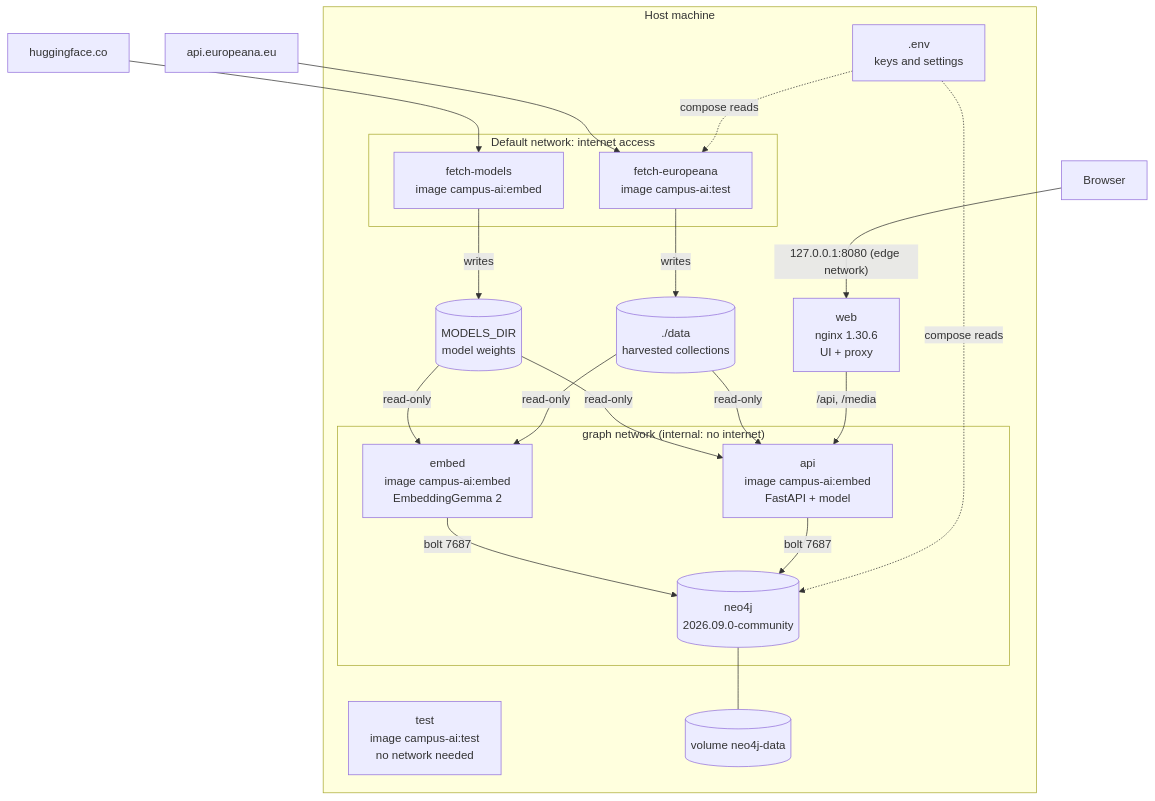
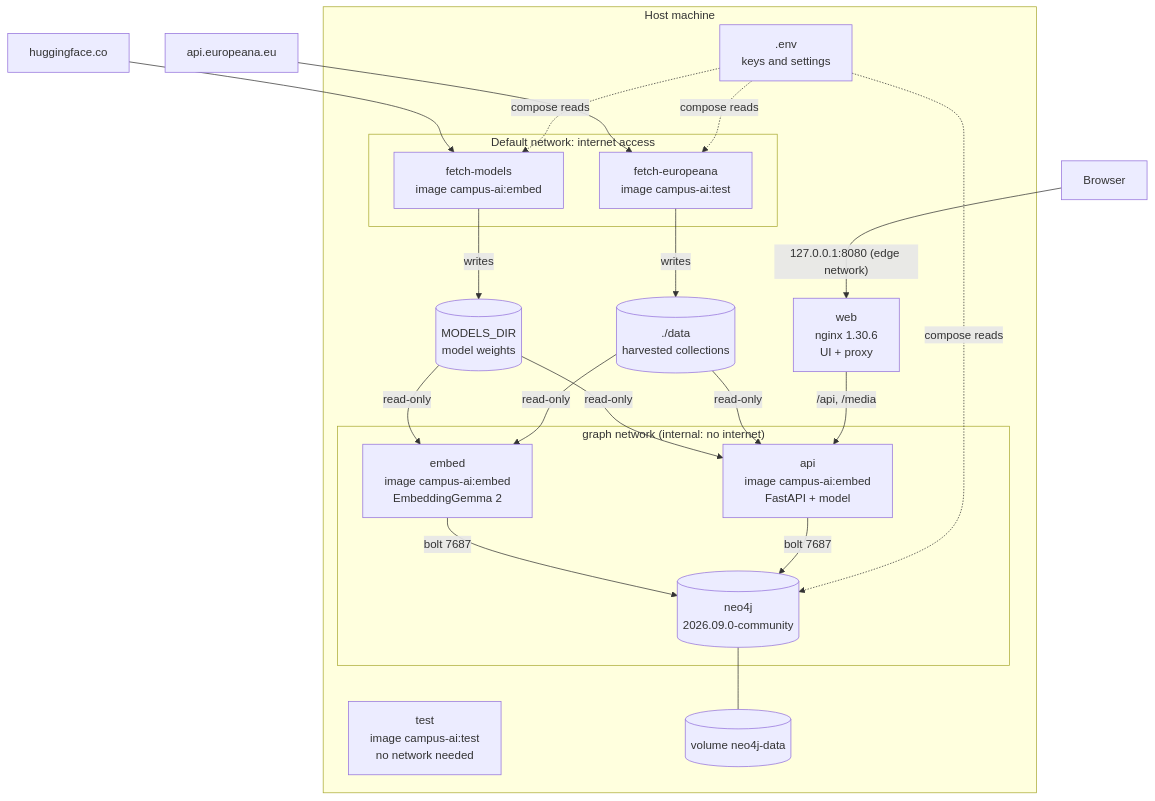
The second of 7 diagrams in docs/architecture.md (teamworxAI/campus-ai), drawn with Mermaid before and after one commit. The commit also changed other lines of this file and 8 other files, not shown here.

````diff
--- a/docs/architecture.md
+++ b/docs/architecture.md
@@ -84,37 +92,38 @@
 ```mermaid
 flowchart TB
     HF[huggingface.co]
     API[api.europeana.eu]
     subgraph host[Host machine]
         MD[(MODELS_DIR<br/>model weights)]
         DD[(./data<br/>harvested collections)]
         ENV[.env<br/>keys and settings]
         subgraph internet_ok[Default network: internet access]
             FM[fetch-models<br/>image campus-ai:embed]
             FE[fetch-europeana<br/>image campus-ai:test]
         end
         subgraph graphnet["graph network (internal: no internet)"]
             EMB[embed<br/>image campus-ai:embed<br/>EmbeddingGemma 2]
             APIS[api<br/>image campus-ai:embed<br/>FastAPI + model]
             NEO[(neo4j<br/>2026.09.0-community)]
         end
         WEB[web<br/>nginx 1.30.6<br/>UI + proxy]
         TEST[test<br/>image campus-ai:test<br/>no network needed]
         VOL[(volume neo4j-data)]
     end
     HF --> FM
     API --> FE
     FM -- writes --> MD
     FE -- writes --> DD
     MD -- read-only --> EMB
     DD -- read-only --> EMB
     EMB -- bolt 7687 --> NEO
     APIS -- bolt 7687 --> NEO
     MD -- read-only --> APIS
     DD -- read-only --> APIS
     WEB -- "/api, /media" --> APIS
     NEO --- VOL
     ENV -. compose reads .-> FE
+    ENV -. compose reads .-> FM
     ENV -. compose reads .-> NEO
     BR[Browser] -- "127.0.0.1:8080 (edge network)" --> WEB
 ```
````
